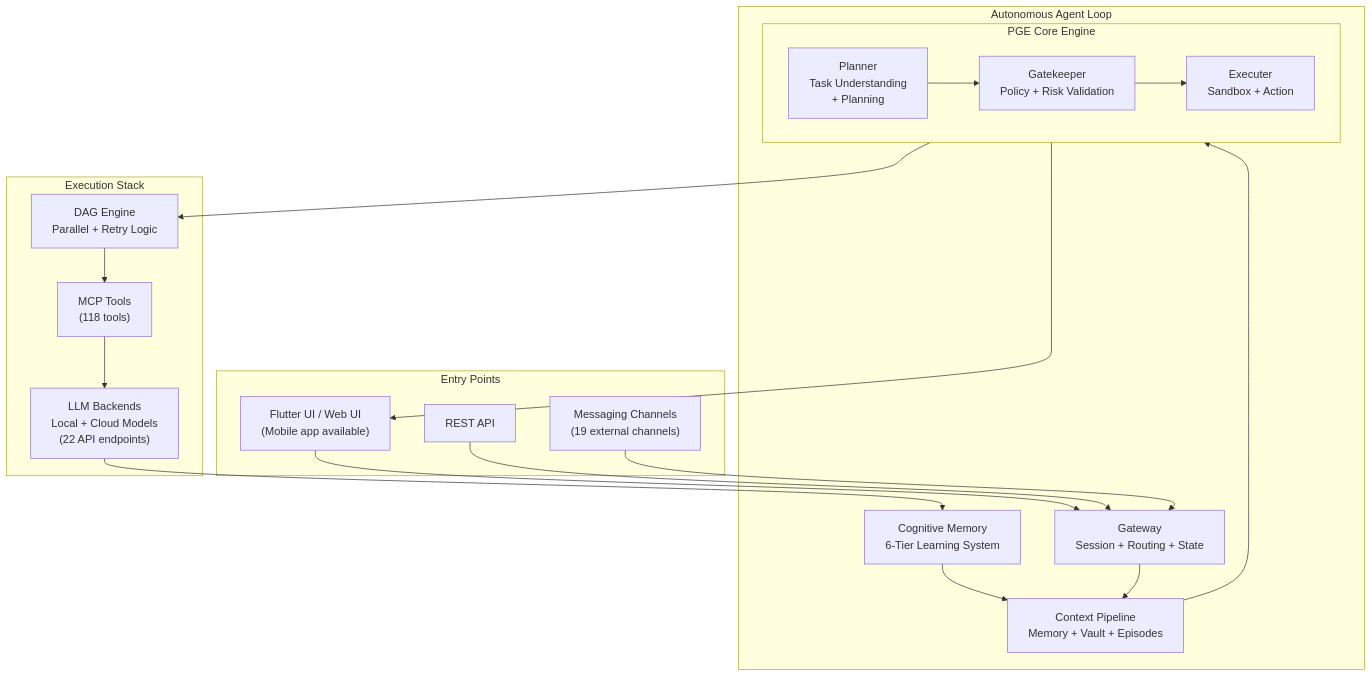
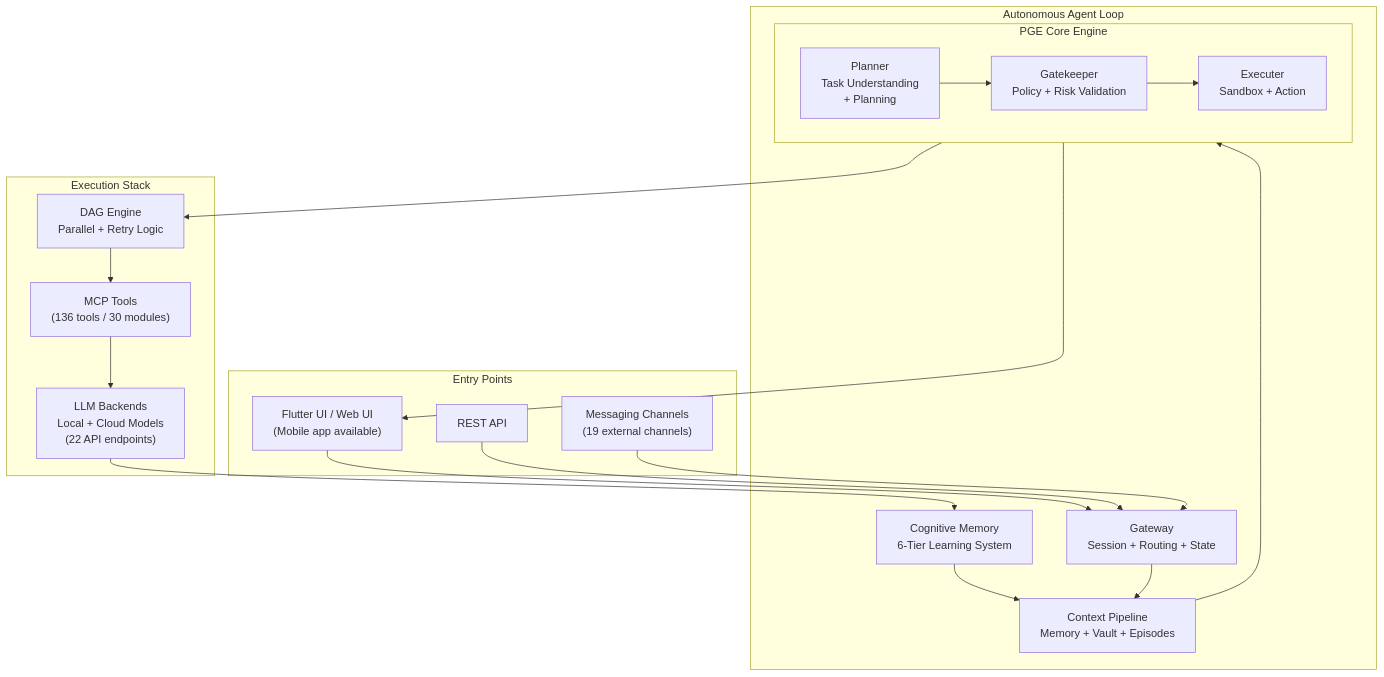
The diagram in README.md (Alex8791-cyber/cognithor), drawn with Mermaid before and after one commit. The commit also changed other lines of this file and 5 other files, not shown here.

````diff
--- a/README.md
+++ b/README.md
@@ -185,71 +187,71 @@
 ```mermaid id="k8v3zp"
 flowchart TB
 
 %% ===== ENTRY POINTS =====
 subgraph ENTRY["Entry Points"]
     UI["Flutter UI / Web UI
 (Mobile app available)"]
     API["REST API"]
     CHANNELS["Messaging Channels
 (19 external channels)"]
 end
 
 %% ===== CORE LOOP =====
 subgraph CORE["Autonomous Agent Loop"]
     GATEWAY["Gateway
 Session + Routing + State"]
 
     CONTEXT["Context Pipeline
 Memory + Vault + Episodes"]
 
     subgraph PGE["PGE Core Engine"]
         direction LR
         PLANNER["Planner 
 Task Understanding
 + Planning"]
 
         GATEKEEPER["Gatekeeper
 Policy + Risk Validation"]
 
         EXECUTOR["Executer
 Sandbox + Action"]
     end
 
     MEMORY["Cognitive Memory
 6-Tier Learning System"]
 end
 
 %% ===== EXECUTION =====
 subgraph EXEC["Execution Stack"]
     WORKFLOW["DAG Engine
 Parallel + Retry Logic"]
 
     TOOLS["MCP Tools
-(118 tools)"]
+(136 tools / 30 modules)"]
 
     LLM["LLM Backends
 Local + Cloud Models
 (22 API endpoints)"]
 end
 
 %% ===== FLOW =====
 
 %% Entry into loop
 UI --> GATEWAY
 API --> GATEWAY
 CHANNELS --> GATEWAY
 
 %% Core loop
 GATEWAY --> CONTEXT
 CONTEXT --> PLANNER
 PLANNER --> GATEKEEPER --> EXECUTOR
 
 %% Execution path
 EXECUTOR --> WORKFLOW --> TOOLS --> LLM --> MEMORY
 
 %% Feedback loop
 MEMORY --> CONTEXT
 
 %% Visibility (important fix)
 EXECUTOR --> UI
 ```
````
